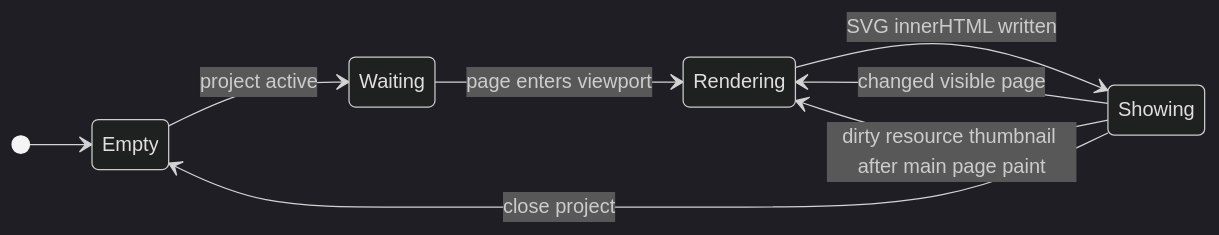
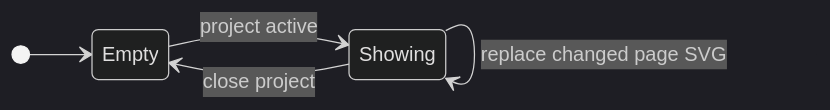
One commit to andmoreduro/ergo changed the fourth of 5 diagrams in context/state-diagrams.md. Above: the diagram before and after it, drawn with Mermaid (dark theme). The commit also changed other lines of this file and 374 other files, not shown here.

````diff
--- a/context/state-diagrams.md
+++ b/context/state-diagrams.md
@@ -73,12 +52,8 @@
 ```mermaid
 stateDiagram-v2
     direction LR
-
     [*] --> Empty
-    Empty --> Waiting : project active
-    Waiting --> Rendering : page enters viewport
-    Rendering --> Showing : SVG innerHTML written
-    Showing --> Rendering : changed visible page
-    Showing --> Rendering : dirty resource thumbnail after main page paint
+    Empty --> Showing : project active
+    Showing --> Showing : replace changed page SVG
     Showing --> Empty : close project
 ```
````
